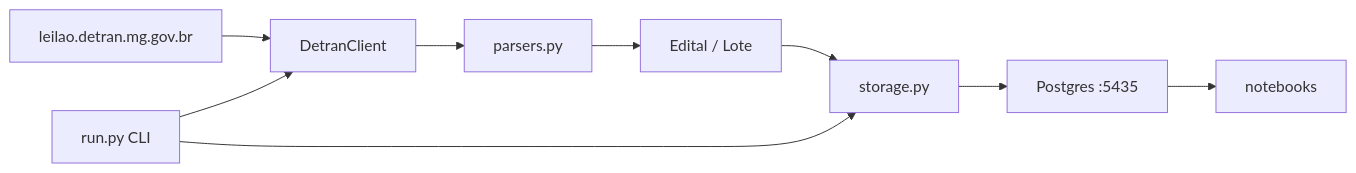
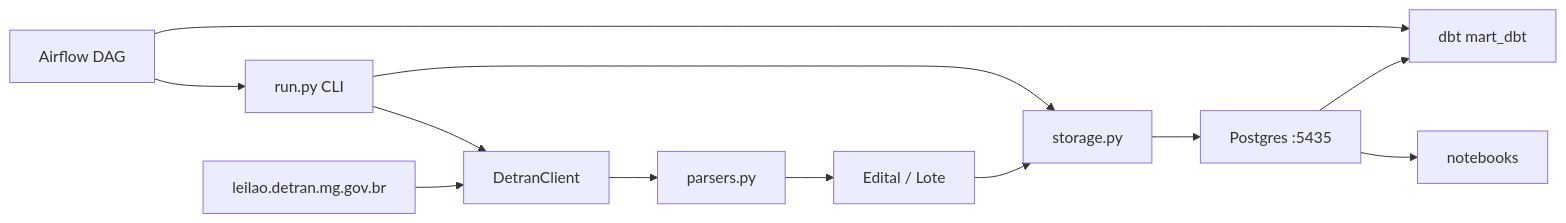
The diagram in README.md (jeffinish/scraping-detranmg), drawn with Mermaid before and after one commit. The commit also changed other lines of this file and 30 other files, not shown here.

First line of the commit message:
feat: add dbt mart_dbt layer and local Airflow orchestration

````diff
--- a/README.md
+++ b/README.md
@@ -36,11 +46,14 @@
 ```mermaid
 flowchart LR
   Portal["leilao.detran.mg.gov.br"] --> Client["DetranClient"]
   Client --> Parsers["parsers.py"]
   Parsers --> Models["Edital / Lote"]
   Models --> Storage["storage.py"]
   Storage --> PG["Postgres :5435"]
+  PG --> Dbt["dbt mart_dbt"]
   PG --> NB["notebooks"]
+  Airflow["Airflow DAG"] --> Run
+  Airflow --> Dbt
   Run["run.py CLI"] --> Client
   Run --> Storage
 ```
````
